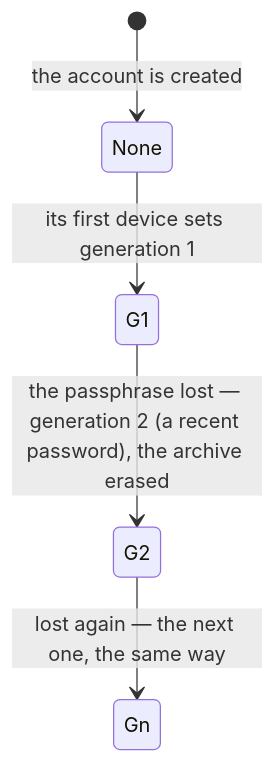
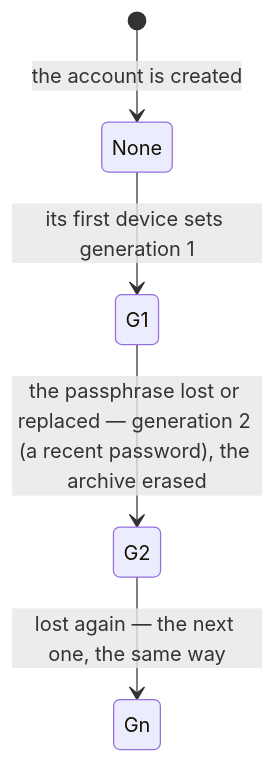
One commit to Pina-i/pinai changed the third of 18 diagrams in identity-provider/specs/e2ee.md. Above: the diagram before and after it, drawn with Mermaid. The commit also changed other lines of this file and 42 other files, not shown here.

````diff
--- a/identity-provider/specs/e2ee.md
+++ b/identity-provider/specs/e2ee.md
@@ -258,7 +368,7 @@
 ```mermaid
 stateDiagram-v2
     [*] --> None: the account is created
     None --> G1: its first device sets generation 1
-    G1 --> G2: the passphrase lost — generation 2 (a recent password), the archive erased
+    G1 --> G2: the passphrase lost or replaced — generation 2 (a recent password), the archive erased
     G2 --> Gn: lost again — the next one, the same way
 ```
````
